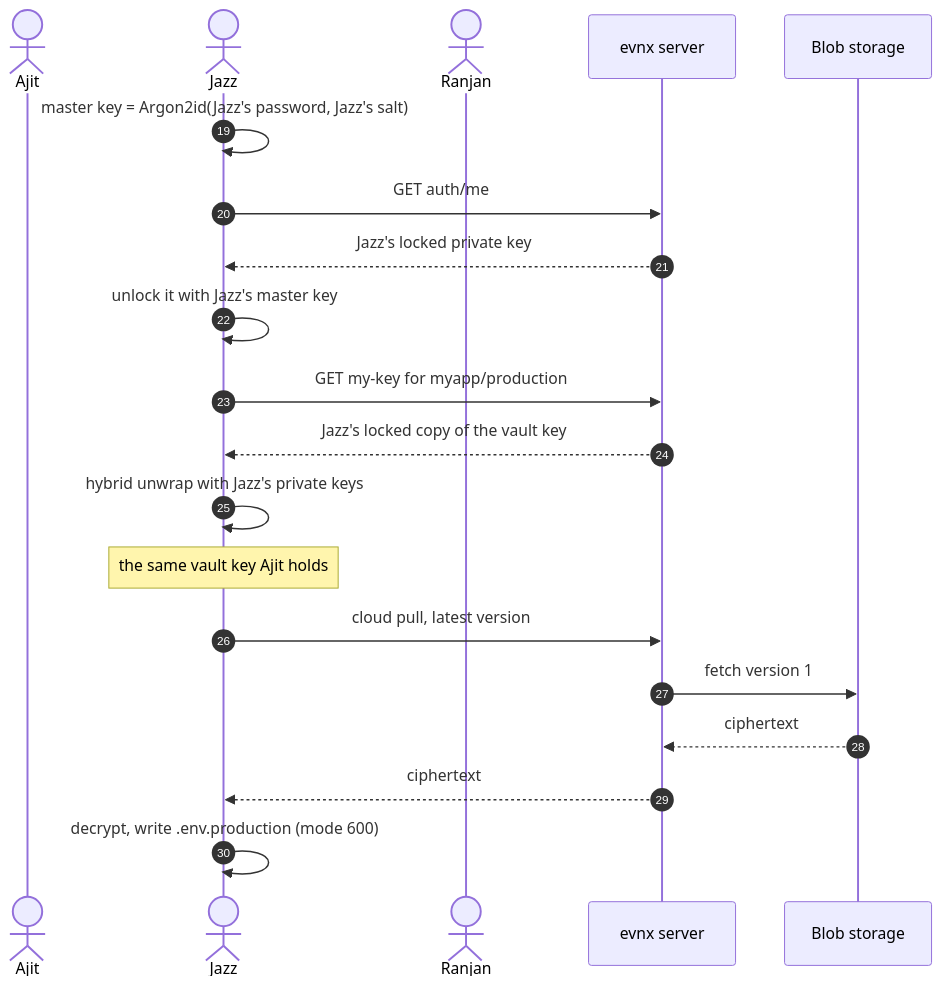
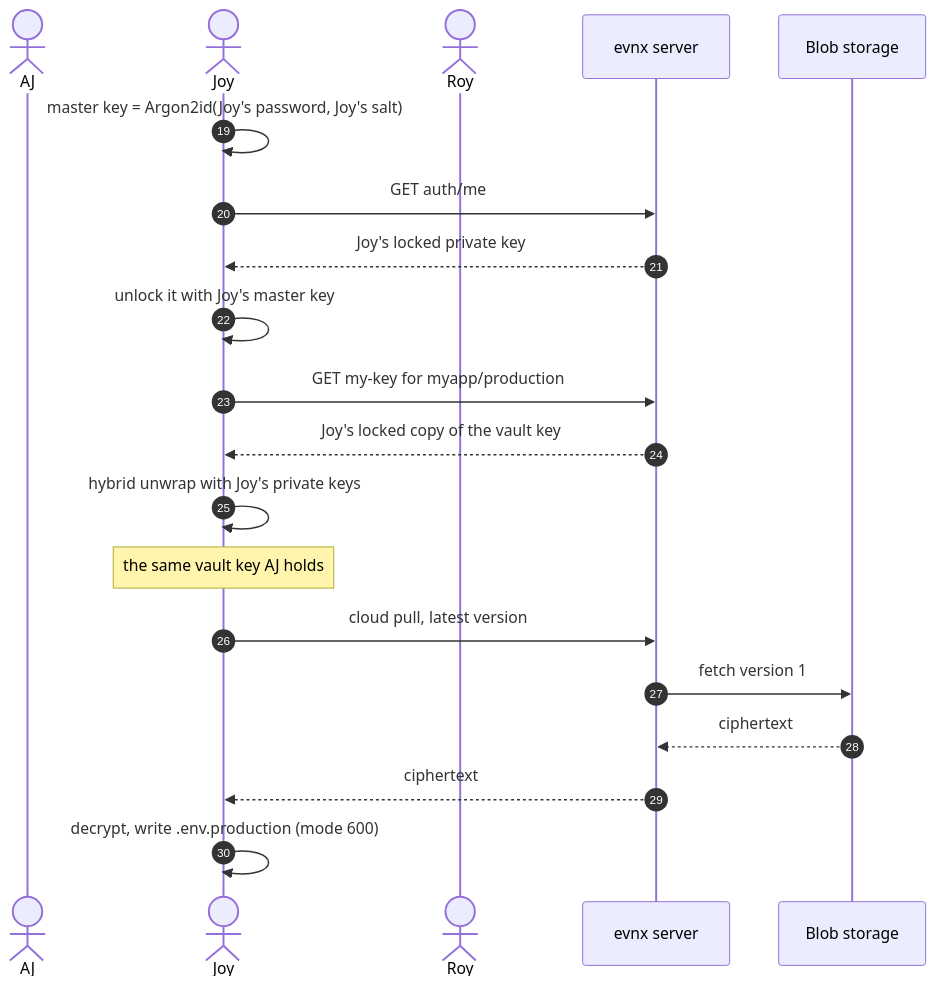
Before and after one commit to urwithajit9/evnx-web: the sixth of 10 diagrams in packages/docs-content/guides/reference/how-vault-sharing-works.mdx, drawn with Mermaid. The commit also changed other lines of this file and 1 other file, not shown here.

First line of the commit message:
docs: vault-sharing guide — AJ, Joy and Roy, with job roles

````diff
--- a/packages/docs-content/guides/reference/how-vault-sharing-works.mdx
+++ b/packages/docs-content/guides/reference/how-vault-sharing-works.mdx
@@ -311,22 +311,22 @@
 ```mermaid
 sequenceDiagram
     autonumber 19
-    actor A as Ajit
-    actor J as Jazz
-    actor R as Ranjan
+    actor A as AJ
+    actor J as Joy
+    actor R as Roy
     participant S as evnx server
     participant B as Blob storage
-    J->>J: master key = Argon2id(Jazz's password, Jazz's salt)
+    J->>J: master key = Argon2id(Joy's password, Joy's salt)
     J->>S: GET auth/me
-    S-->>J: Jazz's locked private key
-    J->>J: unlock it with Jazz's master key
+    S-->>J: Joy's locked private key
+    J->>J: unlock it with Joy's master key
     J->>S: GET my-key for myapp/production
-    S-->>J: Jazz's locked copy of the vault key
-    J->>J: hybrid unwrap with Jazz's private keys
-    Note over J: the same vault key Ajit holds
+    S-->>J: Joy's locked copy of the vault key
+    J->>J: hybrid unwrap with Joy's private keys
+    Note over J: the same vault key AJ holds
     J->>S: cloud pull, latest version
     S->>B: fetch version 1
     B-->>S: ciphertext
     S-->>J: ciphertext
     J->>J: decrypt, write .env.production (mode 600)
 ```
````
